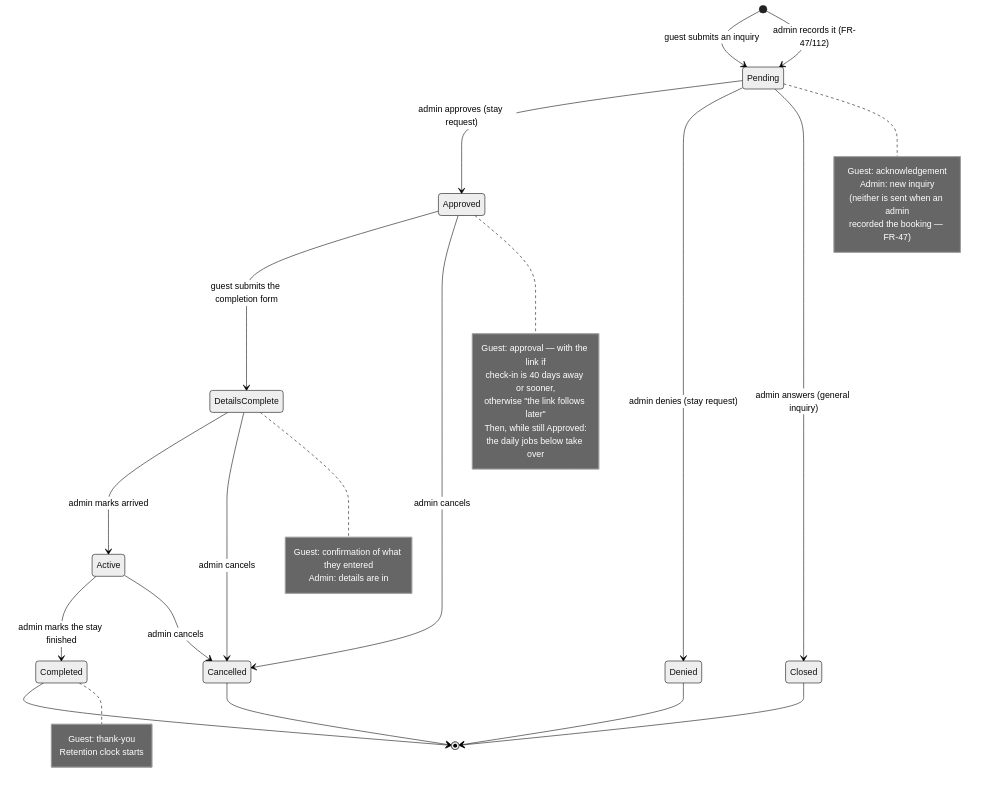
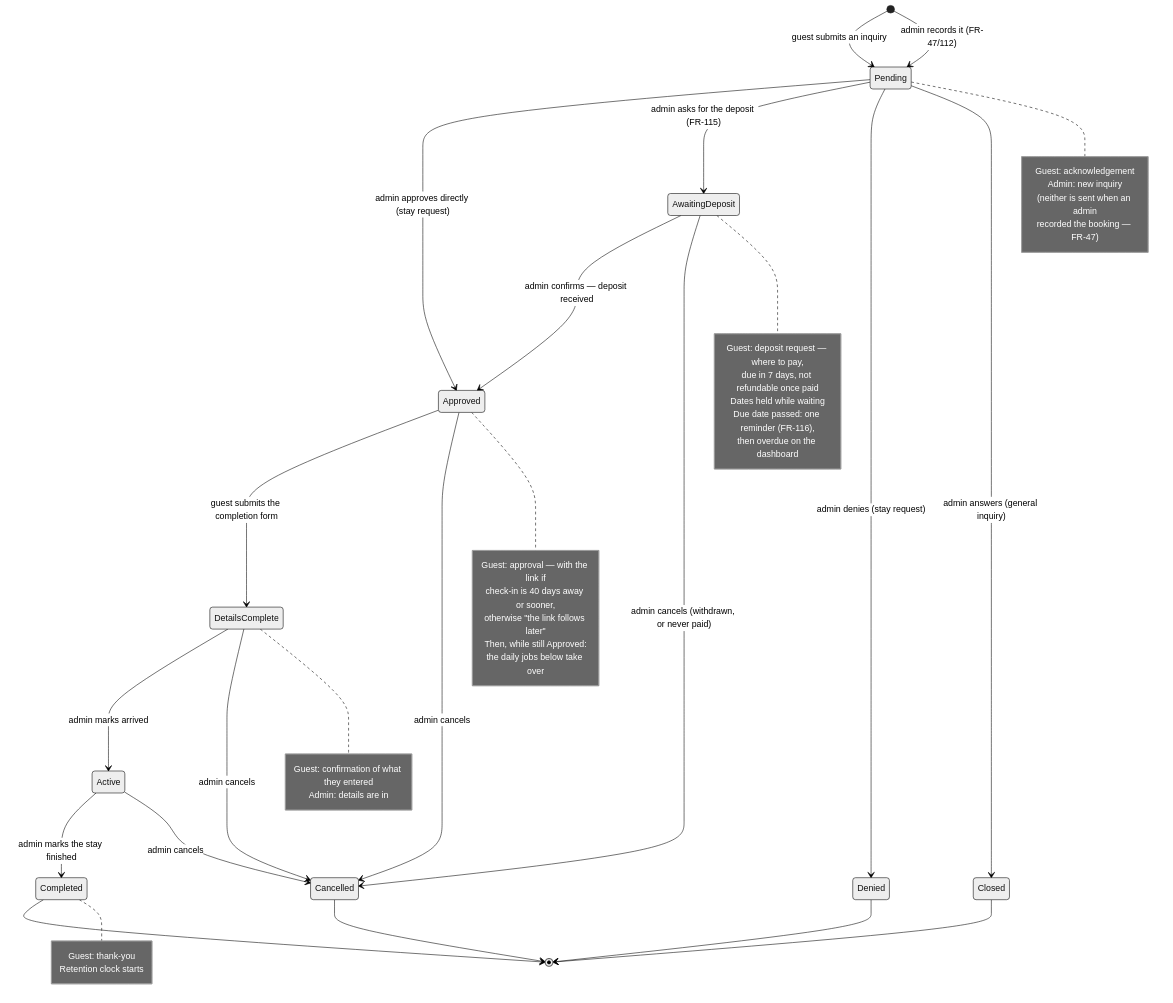
The first of 4 diagrams in docs/product/booking-lifecycle-timeline.md (eliya-amanoeel/akerogarden), drawn with Mermaid (neutral theme) before and after one commit. The commit also changed other lines of this file and 57 other files, not shown here.

Commit message:
Merge pull request 98 from feat/deposit-before-confirmation into main

````diff
--- a/docs/product/booking-lifecycle-timeline.md
+++ b/docs/product/booking-lifecycle-timeline.md
@@ -13,50 +13,62 @@
 ```mermaid
 stateDiagram-v2
     direction TB
 
     [*] --> Pending: guest submits an inquiry
     [*] --> Pending: admin records it (FR-47/112)
 
-    Pending --> Approved: admin approves (stay request)
+    Pending --> Approved: admin approves directly (stay request)
+    Pending --> AwaitingDeposit: admin asks for the deposit (FR-115)
     Pending --> Denied: admin denies (stay request)
     Pending --> Closed: admin answers (general inquiry)
+
+    AwaitingDeposit --> Approved: admin confirms — deposit received
+    AwaitingDeposit --> Cancelled: admin cancels (withdrawn, or never paid)
 
     Approved --> DetailsComplete: guest submits the completion form
     Approved --> Cancelled: admin cancels
 
     DetailsComplete --> Active: admin marks arrived
     DetailsComplete --> Cancelled: admin cancels
 
     Active --> Completed: admin marks the stay finished
     Active --> Cancelled: admin cancels
 
     Denied --> [*]
     Closed --> [*]
     Cancelled --> [*]
     Completed --> [*]
 
     note right of Pending
         Guest: acknowledgement
         Admin: new inquiry
         (neither is sent when an admin
         recorded the booking — FR-47)
     end note
 
+    note right of AwaitingDeposit
+        Guest: deposit request — where to pay,
+        due in 7 days, not refundable once paid
+        Dates held while waiting
+        Due date passed: one reminder (FR-116),
+        then overdue on the dashboard
+    end note
+
     note right of Approved
         Guest: approval — with the link if
         check-in is 40 days away or sooner,
         otherwise "the link follows later"
         Then, while still Approved:
         the daily jobs below take over
     end note
 
     note right of DetailsComplete
         Guest: confirmation of what they entered
         Admin: details are in
     end note
 
     note right of Completed
         Guest: thank-you
         Retention clock starts
     end note
 ```
````
